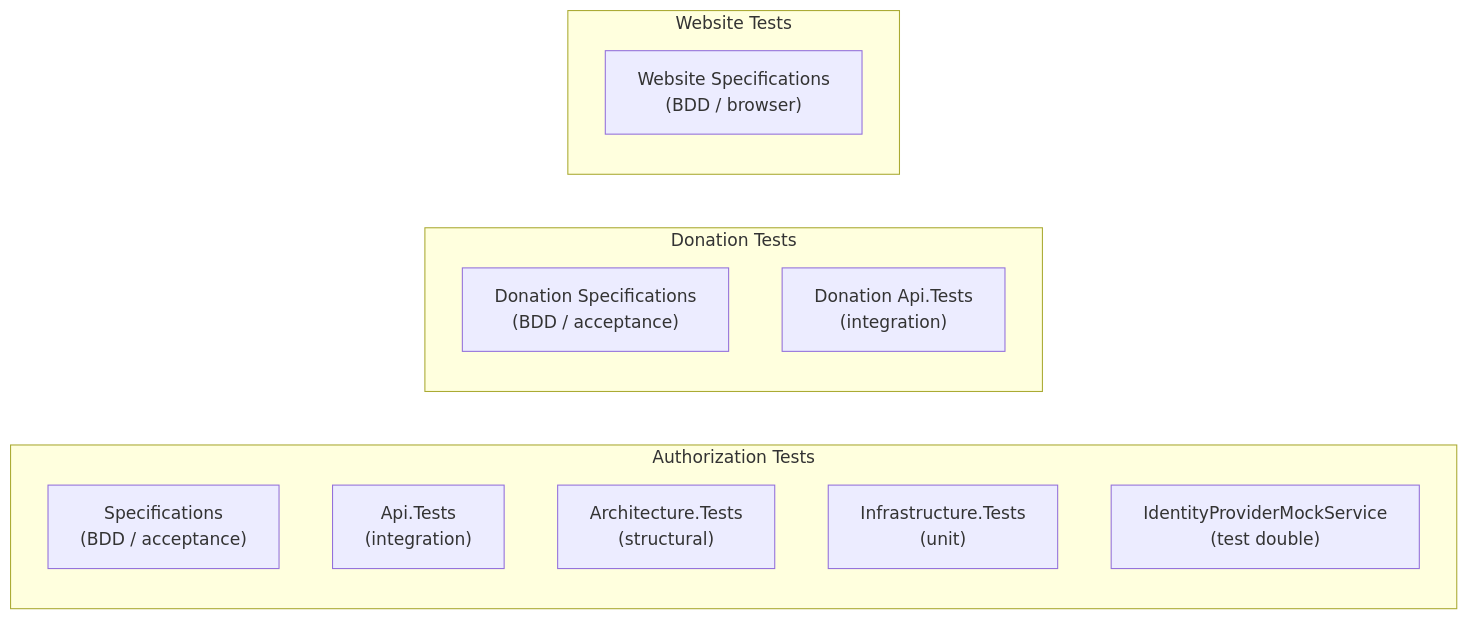
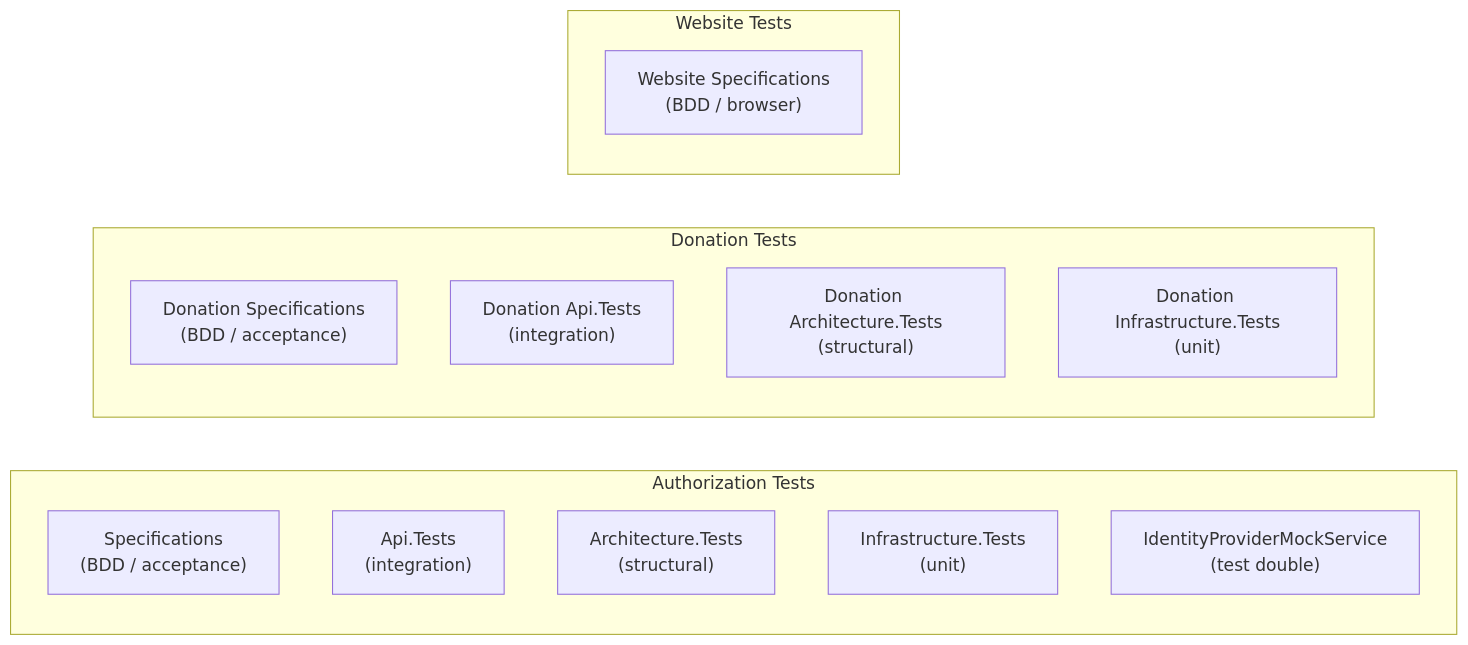
Before and after one commit to wouterfennis/TimeForCode: the diagram in docs/current/testing.md, drawn with Mermaid. The commit also changed other lines of this file and 16 other files, not shown here.

Commit message:
Add Donation test coverage: Infrastructure.Tests, Architecture.Tests, handler unit tests, negative-path spec (#62)

````diff
--- a/docs/current/testing.md
+++ b/docs/current/testing.md
@@ -13,19 +13,21 @@
 ```mermaid
 graph LR
     subgraph Authorization Tests
         SpecTests["Specifications\n(BDD / acceptance)"]
         ApiTests["Api.Tests\n(integration)"]
         ArchTests["Architecture.Tests\n(structural)"]
         InfraTests["Infrastructure.Tests\n(unit)"]
         IdpMock["IdentityProviderMockService\n(test double)"]
     end
 
     subgraph Donation Tests
         DonSpecTests["Donation Specifications\n(BDD / acceptance)"]
         DonApiTests["Donation Api.Tests\n(integration)"]
+        DonArchTests["Donation Architecture.Tests\n(structural)"]
+        DonInfraTests["Donation Infrastructure.Tests\n(unit)"]
     end
 
     subgraph Website Tests
         WebSpecTests["Website Specifications\n(BDD / browser)"]
     end
 ```
````
